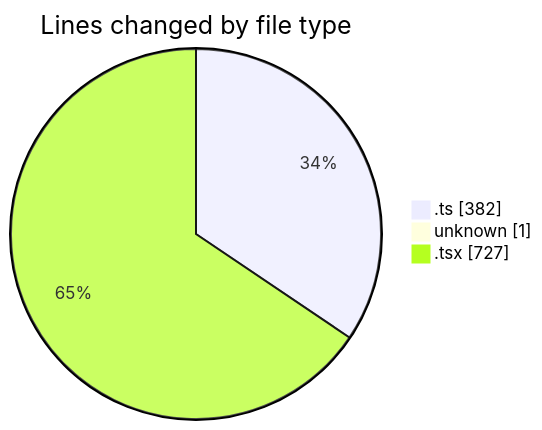
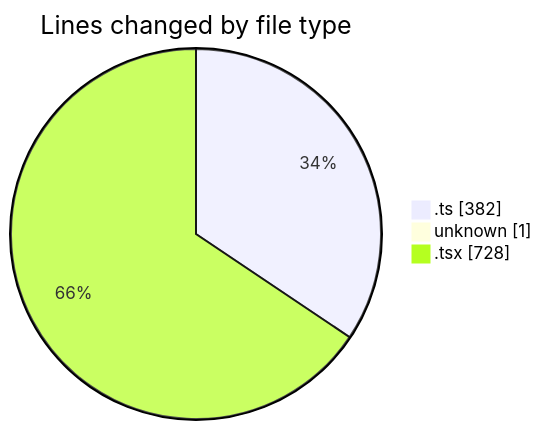
One commit to robertbonfada/code-tracking changed the first of 2 diagrams in 2025-02-17/mbc-web/README.md. Above: the diagram before and after it, drawn with Mermaid. The commit also changed other lines of this file and 1 other file, not shown here.

````diff
--- a/2025-02-17/mbc-web/README.md
+++ b/2025-02-17/mbc-web/README.md
@@ -26,7 +26,7 @@
 ```mermaid
 pie showData
 title Lines changed by file type
 ".ts" : 382
 "unknown" : 1
-".tsx" : 727
+".tsx" : 728
 ```
````
